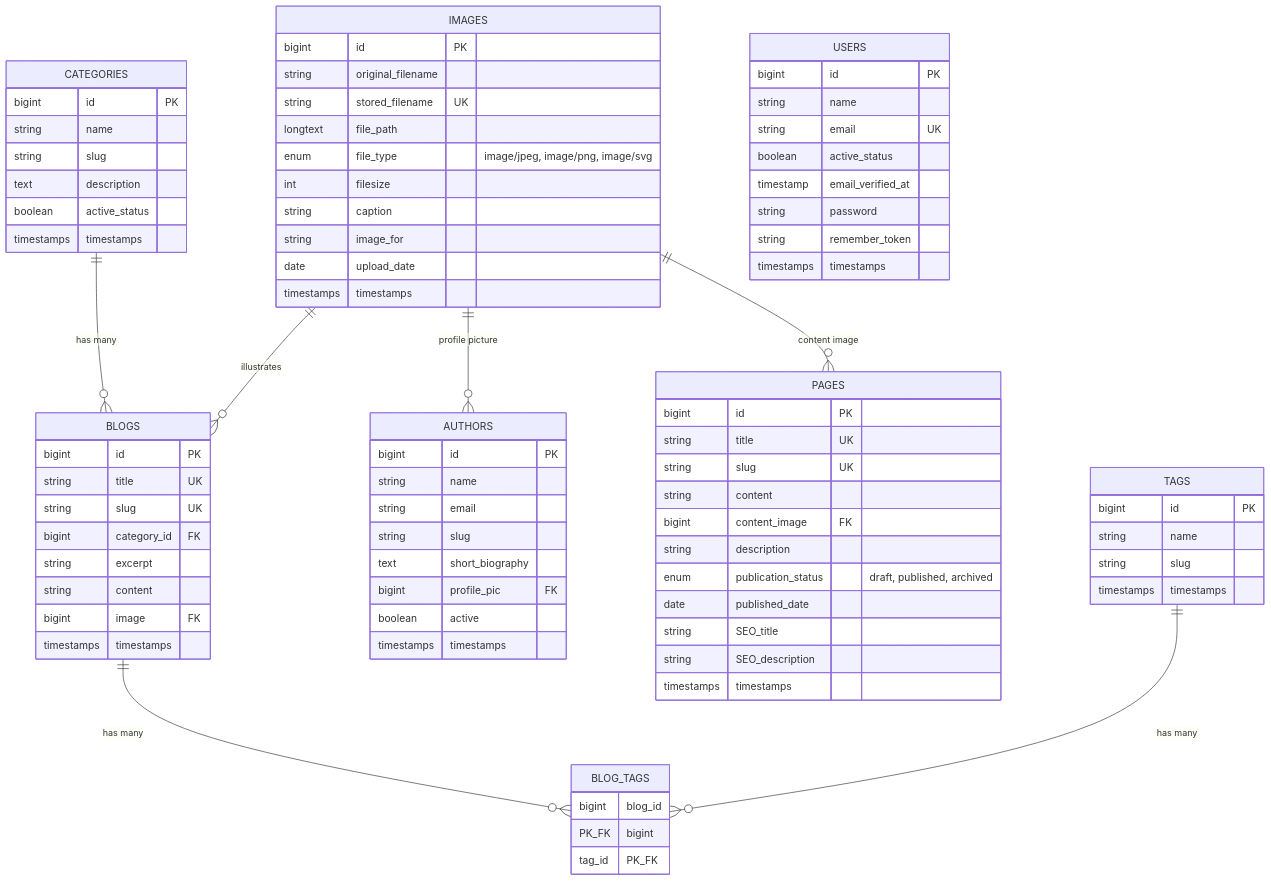
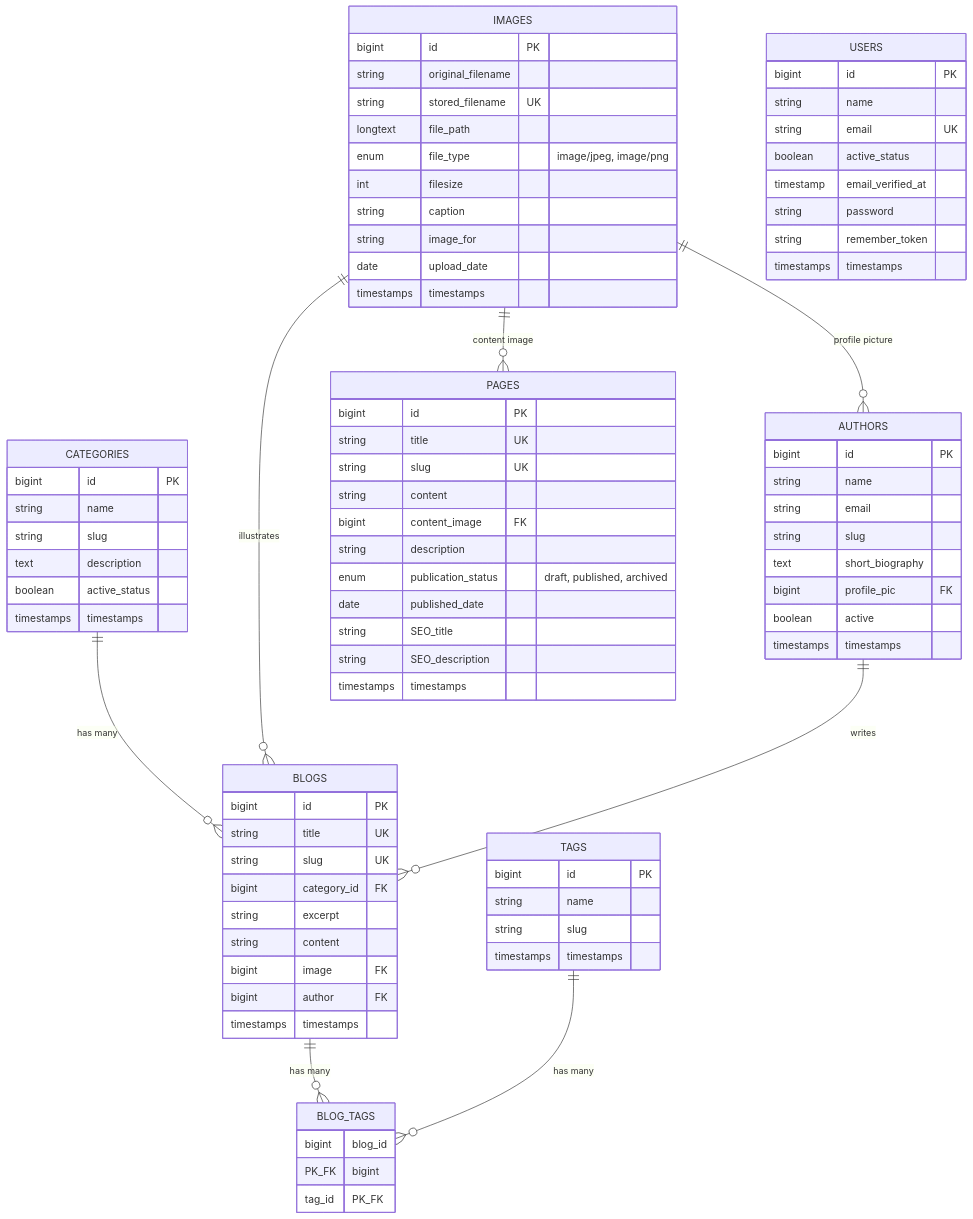
Before and after one commit to reaminate/Content-Management-Systen: the diagram in database/DATABASE_DIAGRAM.md, drawn with Mermaid. The commit also changed other lines of this file and 54 other files, not shown here.

```diff
--- a/database/DATABASE_DIAGRAM.md
+++ b/database/DATABASE_DIAGRAM.md
@@ -9,6 +9,7 @@
     IMAGES ||--o{ BLOGS : "illustrates"
     IMAGES ||--o{ AUTHORS : "profile picture"
     IMAGES ||--o{ PAGES : "content image"
+    AUTHORS ||--o{ BLOGS : "writes"
     BLOGS ||--o{ BLOG_TAGS : "has many"
     TAGS ||--o{ BLOG_TAGS : "has many"
 
@@ -37,7 +38,7 @@
         string original_filename
         string stored_filename UK
         longtext file_path
-        enum file_type "image/jpeg, image/png, image/svg"
+        enum file_type "image/jpeg, image/png"
         int filesize
         string caption
         string image_for
@@ -71,6 +72,7 @@
         string excerpt
         string content
         bigint image FK
+        bigint author FK
         timestamps timestamps
     }
 
```
